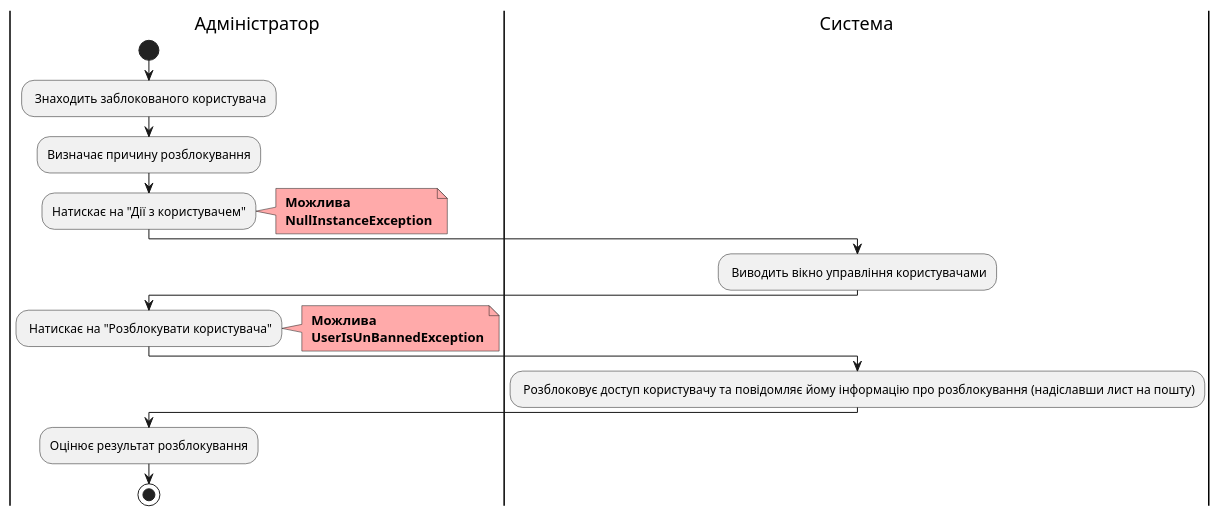
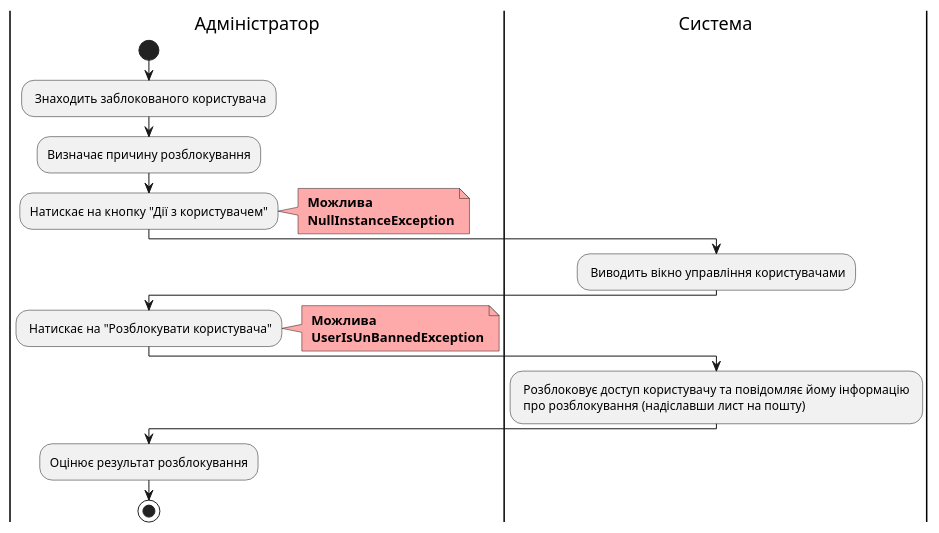
Diagram 22 of 23 in docs/use cases/README.md (witchkaa/databases-course-work), drawn with PlantUML before and after one commit. The commit also changed other lines of this file and 1 other file, not shown here.

```diff
--- a/docs/use cases/README.md
+++ b/docs/use cases/README.md
@@ -898,35 +898,35 @@
 @startuml
 
     |Адміністратор|
     start;
     : Знаходить заблокованого користувача;
     
     |Адміністратор|
     :Визначає причину розблокування;
 
     |Адміністратор|
-    :Натискає на "Дії з користувачем";
+    :Натискає на кнопку "Дії з користувачем";
     note right #ffaaaa
     <b> Можлива
     <b> NullInstanceException
     end note
 
     |Система|
     : Виводить вікно управління користувачами;
 
     |Адміністратор|
     : Натискає на "Розблокувати користувача";
     note right #ffaaaa
     <b> Можлива
     <b> UserIsUnBannedException
     end note
 
     |Система|
-    : Розблоковує доступ користувачу та повідомляє йому інформацію про розблокування (надіславши лист на пошту);
+    : Розблоковує доступ користувачу та повідомляє йому інформацію \n про розблокування (надіславши лист на пошту);
 
     |Адміністратор|
     :Оцінює результат розблокування;   
 
     |Адміністратор|
     stop;
 @enduml
```
